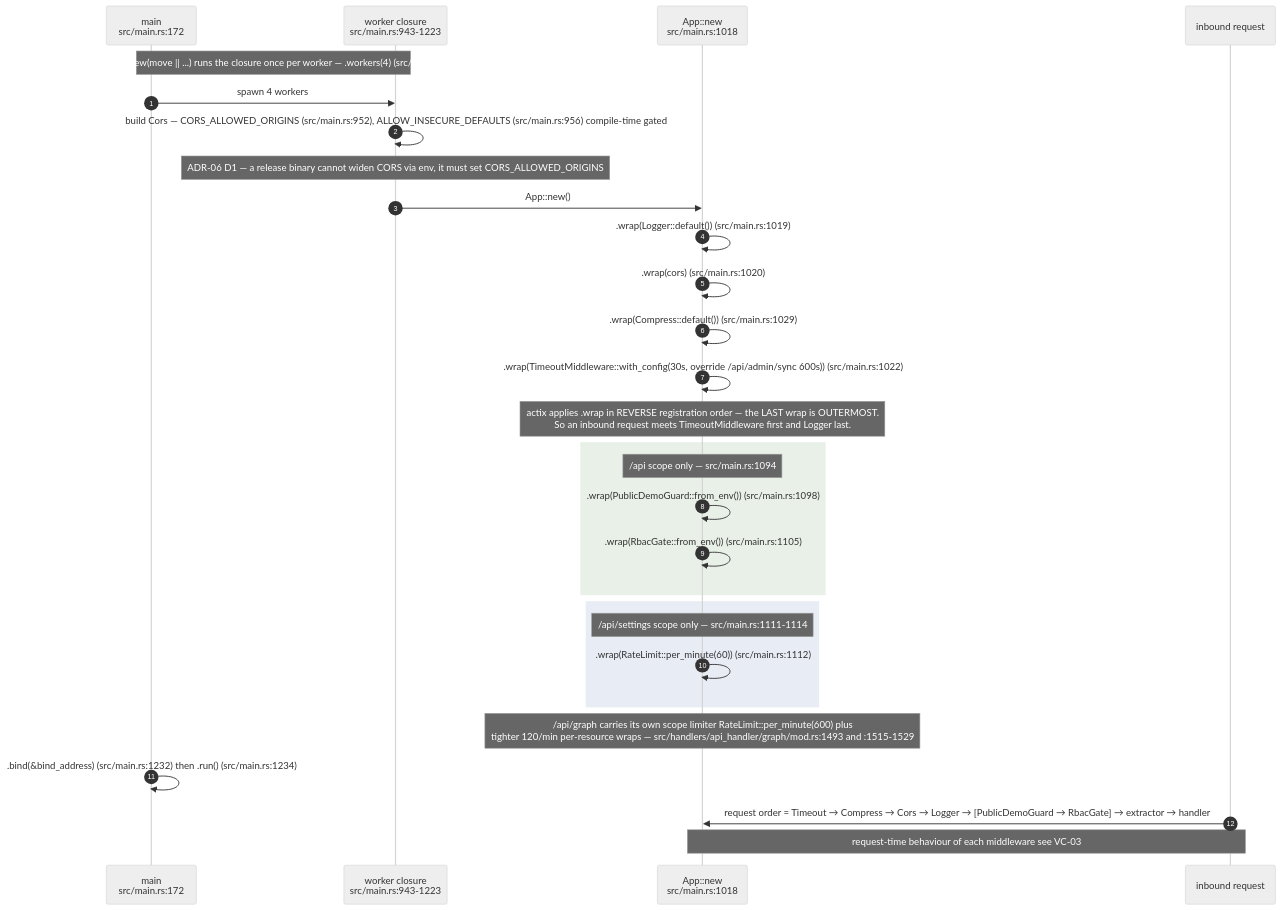
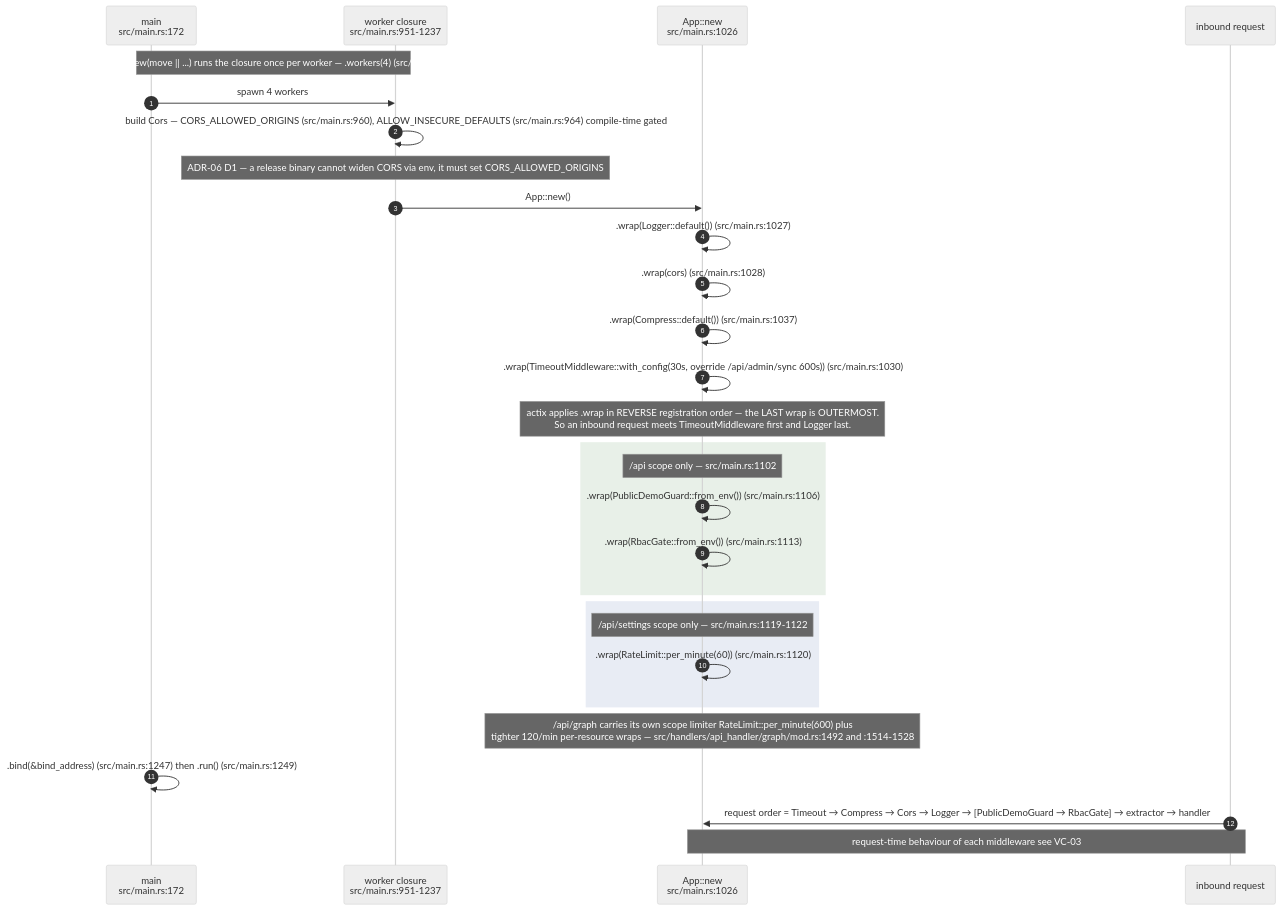
The third of 13 diagrams in docs/diagrams/visionclaw/01-boot-and-app-state.md (DreamLab-AI/VisionFlow), drawn with Mermaid (neutral theme) before and after one commit. The commit also changed other lines of this file and 4 other files, not shown here.

Commit message:
docs(diagrams): visionclaw 01 and 04 after the graph_state_handler removal

````diff
--- a/docs/diagrams/visionclaw/01-boot-and-app-state.md
+++ b/docs/diagrams/visionclaw/01-boot-and-app-state.md
@@ -166,32 +166,32 @@
 ```mermaid
 sequenceDiagram
     autonumber
     participant M as main<br/>src/main.rs:172
-    participant W as worker closure<br/>src/main.rs:943-1223
-    participant A as App::new<br/>src/main.rs:1018
+    participant W as worker closure<br/>src/main.rs:951-1237
+    participant A as App::new<br/>src/main.rs:1026
     participant REQ as inbound request
 
-    Note over M,W: HttpServer::new(move || ...) runs the closure once per worker — .workers(4) (src/main.rs:1225)
+    Note over M,W: HttpServer::new(move || ...) runs the closure once per worker — .workers(4) (src/main.rs:1239)
     M->>W: spawn 4 workers
-    W->>W: build Cors — CORS_ALLOWED_ORIGINS (src/main.rs:952), ALLOW_INSECURE_DEFAULTS (src/main.rs:956) compile-time gated
+    W->>W: build Cors — CORS_ALLOWED_ORIGINS (src/main.rs:960), ALLOW_INSECURE_DEFAULTS (src/main.rs:964) compile-time gated
     Note over W: ADR-06 D1 — a release binary cannot widen CORS via env, it must set CORS_ALLOWED_ORIGINS
     W->>A: App::new()
-    A->>A: .wrap(Logger::default()) (src/main.rs:1019)
-    A->>A: .wrap(cors) (src/main.rs:1020)
-    A->>A: .wrap(Compress::default()) (src/main.rs:1029)
-    A->>A: .wrap(TimeoutMiddleware::with_config(30s, override /api/admin/sync 600s)) (src/main.rs:1022)
+    A->>A: .wrap(Logger::default()) (src/main.rs:1027)
+    A->>A: .wrap(cors) (src/main.rs:1028)
+    A->>A: .wrap(Compress::default()) (src/main.rs:1037)
+    A->>A: .wrap(TimeoutMiddleware::with_config(30s, override /api/admin/sync 600s)) (src/main.rs:1030)
     Note over A: actix applies .wrap in REVERSE registration order — the LAST wrap is OUTERMOST.<br/>So an inbound request meets TimeoutMiddleware first and Logger last.
     rect rgb(232,240,232)
-    Note over A: /api scope only — src/main.rs:1094
-    A->>A: .wrap(PublicDemoGuard::from_env()) (src/main.rs:1098)
-    A->>A: .wrap(RbacGate::from_env()) (src/main.rs:1105)
+    Note over A: /api scope only — src/main.rs:1102
+    A->>A: .wrap(PublicDemoGuard::from_env()) (src/main.rs:1106)
+    A->>A: .wrap(RbacGate::from_env()) (src/main.rs:1113)
     end
     rect rgb(232,236,244)
-    Note over A: /api/settings scope only — src/main.rs:1111-1114
-    A->>A: .wrap(RateLimit::per_minute(60)) (src/main.rs:1112)
+    Note over A: /api/settings scope only — src/main.rs:1119-1122
+    A->>A: .wrap(RateLimit::per_minute(60)) (src/main.rs:1120)
     end
-    Note over A: /api/graph carries its own scope limiter RateLimit::per_minute(600) plus<br/>tighter 120/min per-resource wraps — src/handlers/api_handler/graph/mod.rs:1493 and :1515-1529
-    M->>M: .bind(&bind_address) (src/main.rs:1232) then .run() (src/main.rs:1234)
+    Note over A: /api/graph carries its own scope limiter RateLimit::per_minute(600) plus<br/>tighter 120/min per-resource wraps — src/handlers/api_handler/graph/mod.rs:1492 and :1514-1528
+    M->>M: .bind(&bind_address) (src/main.rs:1247) then .run() (src/main.rs:1249)
     REQ->>A: request order = Timeout → Compress → Cors → Logger → [PublicDemoGuard → RbacGate] → extractor → handler
     Note over REQ,A: request-time behaviour of each middleware see VC-03
 ```
````
